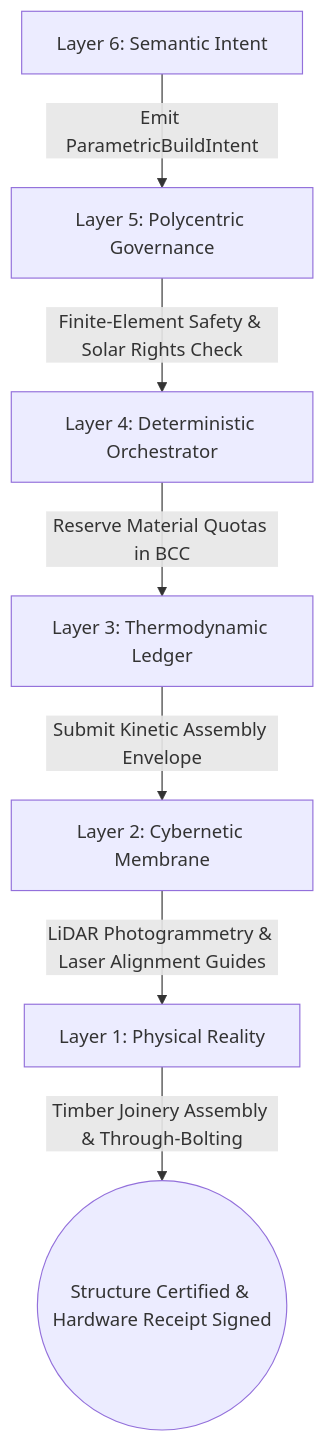
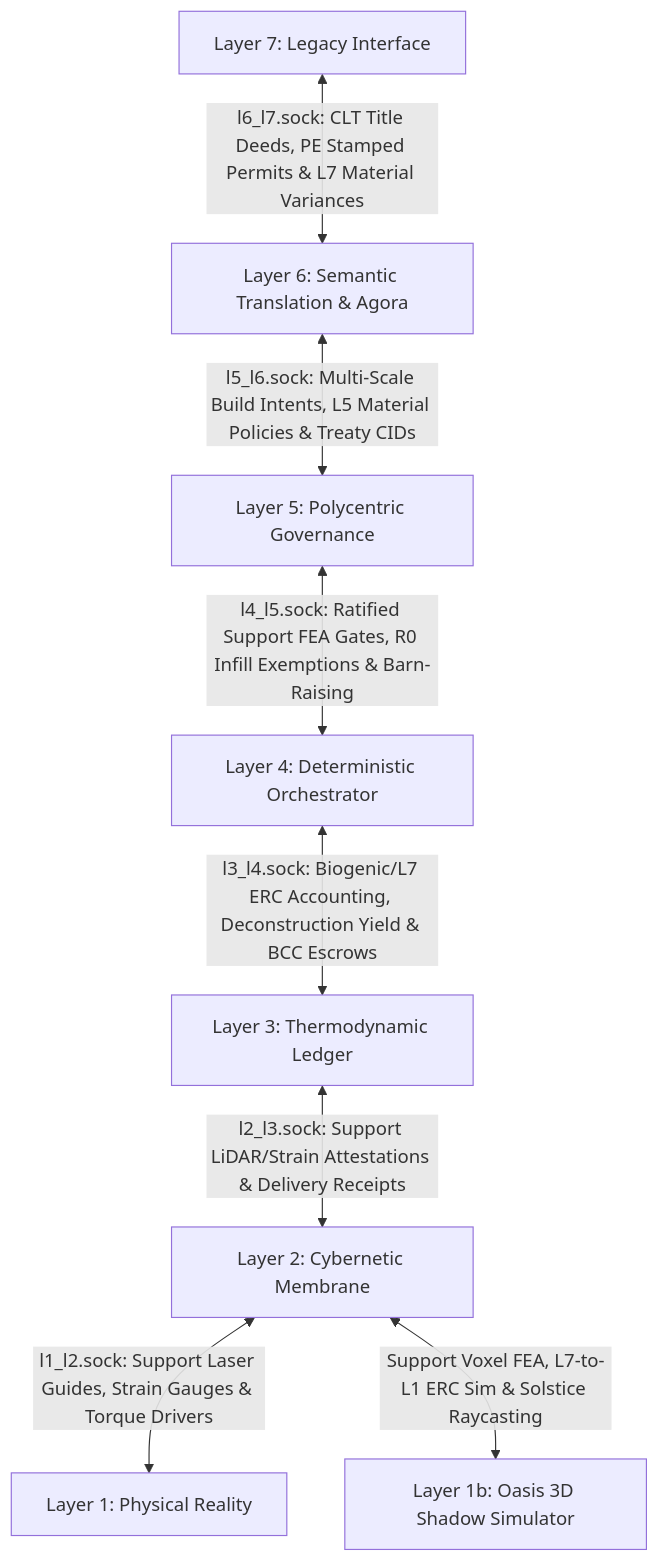
Before and after one commit to raffaine/collective: the second of 3 diagrams in docs/scenarios/xi_architecture.md, drawn with Mermaid. The commit also changed other lines of this file and 10 other files, not shown here.

````diff
--- a/docs/scenarios/xi_architecture.md
+++ b/docs/scenarios/xi_architecture.md
@@ -41,9 +88,10 @@
 ```mermaid
 graph TD
-    L6[Layer 6: Semantic Intent] -->|Emit ParametricBuildIntent| L5[Layer 5: Polycentric Governance]
-    L5 -->|Finite-Element Safety & Solar Rights Check| L4[Layer 4: Deterministic Orchestrator]
-    L4 -->|Reserve Material Quotas in BCC| L3[Layer 3: Thermodynamic Ledger]
-    L3 -->|Submit Kinetic Assembly Envelope| L2[Layer 2: Cybernetic Membrane]
-    L2 -->|LiDAR Photogrammetry & Laser Alignment Guides| L1[Layer 1: Physical Reality]
-    L1 -->|Timber Joinery Assembly & Through-Bolting| End((Structure Certified & Hardware Receipt Signed))
+    L7[Layer 7: Legacy Interface] <-->|l6_l7.sock: CLT Title Deeds, PE Stamped Permits & L7 Material Variances| L6[Layer 6: Semantic Translation & Agora]
+    L6 <-->|l5_l6.sock: Multi-Scale Build Intents, L5 Material Policies & Treaty CIDs| L5[Layer 5: Polycentric Governance]
+    L5 <-->|l4_l5.sock: Ratified Support FEA Gates, R0 Infill Exemptions & Barn-Raising| L4[Layer 4: Deterministic Orchestrator]
+    L4 <-->|l3_l4.sock: Biogenic/L7 ERC Accounting, Deconstruction Yield & BCC Escrows| L3[Layer 3: Thermodynamic Ledger]
+    L3 <-->|l2_l3.sock: Support LiDAR/Strain Attestations & Delivery Receipts| L2[Layer 2: Cybernetic Membrane]
+    L2 <-->|l1_l2.sock: Support Laser Guides, Strain Gauges & Torque Drivers| L1[Layer 1: Physical Reality]
+    L2 <-->|Support Voxel FEA, L7-to-L1 ERC Sim & Solstice Raycasting| L1b[Layer 1b: Oasis 3D Shadow Simulator]
 ```
````
